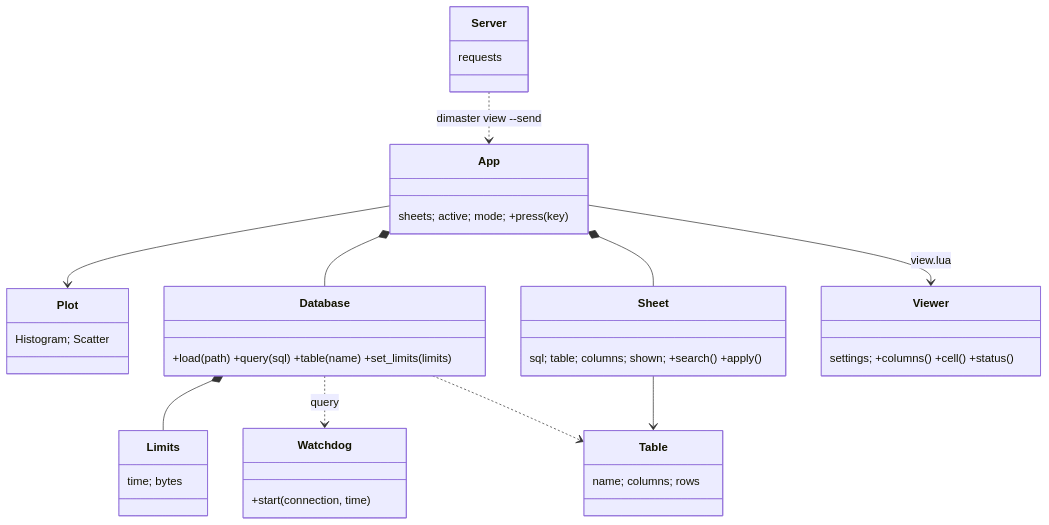
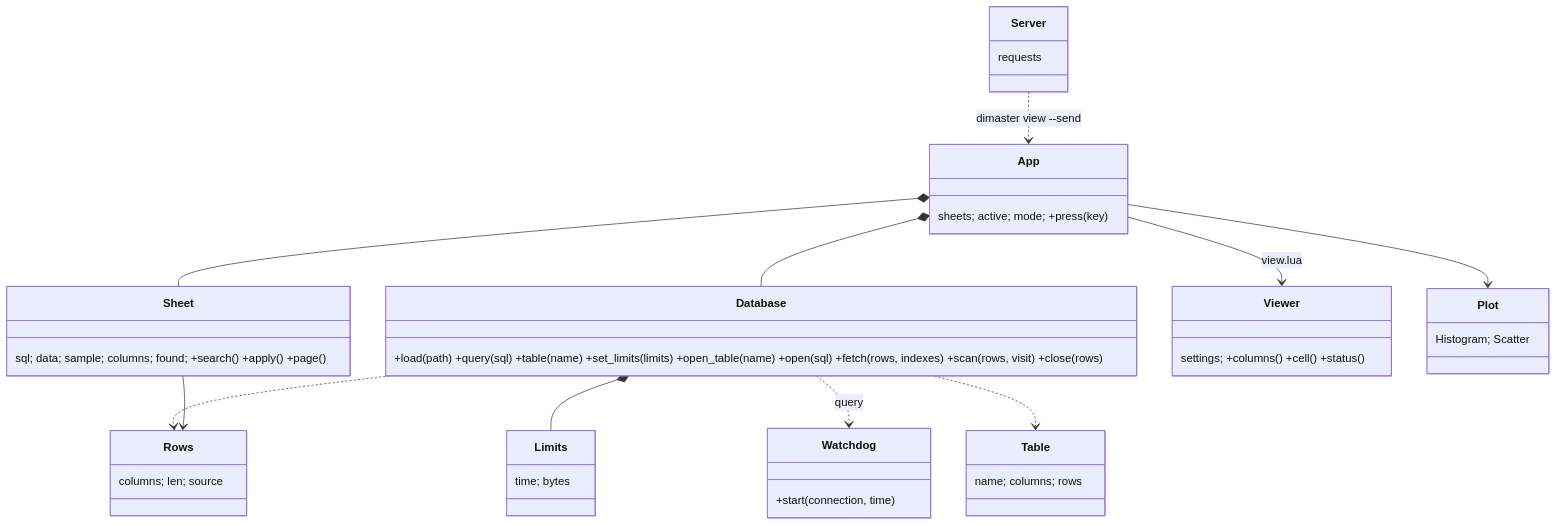
The third of 8 diagrams in docs/UML.md (Utkautka1/DimaSter), drawn with Mermaid before and after one commit. The commit also changed 16 other files, not shown here.

````diff
--- a/docs/UML.md
+++ b/docs/UML.md
@@ -264,21 +264,23 @@
 ```mermaid
 classDiagram
-    class Database { +load(path) +query(sql) +table(name) +set_limits(limits) }
+    class Database { +load(path) +query(sql) +table(name) +set_limits(limits) +open_table(name) +open(sql) +fetch(rows, indexes) +scan(rows, visit) +close(rows) }
+    class Rows { columns; len; source }
+    Database ..> Rows
     class Limits { time; bytes }
     class Watchdog { +start(connection, time) }
     Database *-- Limits
     Database ..> Watchdog : query
     class Table { name; columns; rows }
     class App { sheets; active; mode; +press(key) }
-    class Sheet { sql; table; columns; shown; +search() +apply() }
+    class Sheet { sql; data; sample; columns; found; +search() +apply() +page() }
     class Viewer { settings; +columns() +cell() +status() }
     class Plot { Histogram; Scatter }
     class Server { requests }
     App --> Plot
     Server ..> App : dimaster view --send
     App *-- Database
     App *-- Sheet
     App --> Viewer : view.lua
-    Sheet --> Table
+    Sheet --> Rows
     Database ..> Table
 ```
````
